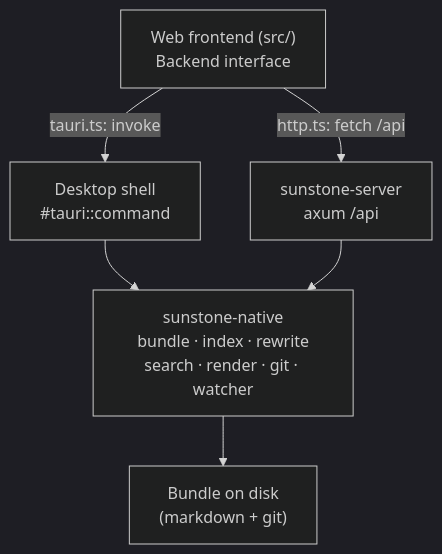
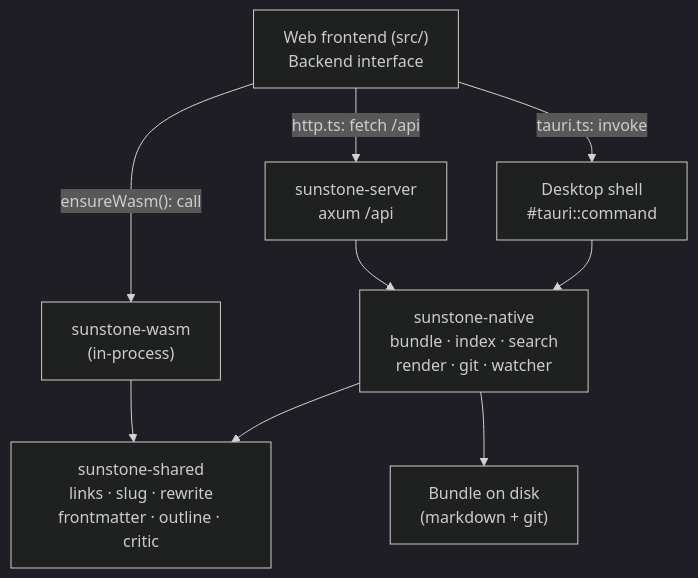
The first of 3 diagrams in docs/architecture/overview.md (pothos-dev/sunstone), drawn with Mermaid (dark theme) before and after one commit. The commit also changed other lines of this file and 5 other files, not shown here.

First line of the commit message:
docs(architecture): document the sunstone-shared/wasm seam (ADR 0006)

````diff
--- a/docs/architecture/overview.md
+++ b/docs/architecture/overview.md
@@ -24,14 +31,19 @@
 ```mermaid
 flowchart TD
   FE["Web frontend (src/)<br/>Backend interface"]
+  WASM["sunstone-wasm<br/>(in-process)"]
   DS["Desktop shell<br/>#tauri::command"]
   SV["sunstone-server<br/>axum /api"]
-  CORE["sunstone-native<br/>bundle · index · rewrite<br/>search · render · git · watcher"]
+  CORE["sunstone-native<br/>bundle · index · search<br/>render · git · watcher"]
+  SHARED["sunstone-shared<br/>links · slug · rewrite<br/>frontmatter · outline · critic"]
   FS["Bundle on disk<br/>(markdown + git)"]
 
   FE -->|"tauri.ts: invoke"| DS
   FE -->|"http.ts: fetch /api"| SV
+  FE -->|"ensureWasm(): call"| WASM
   DS --> CORE
   SV --> CORE
+  CORE --> SHARED
+  WASM --> SHARED
   CORE --> FS
 ```
````
